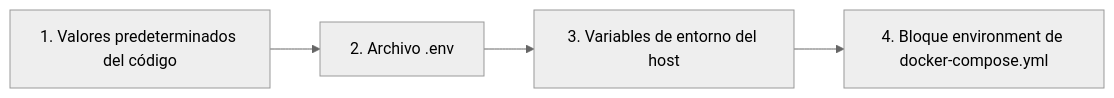
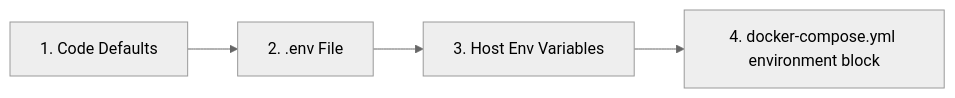
The diagram in mkdocs_src/docs/admin/docker_advanced.es.md (Librefolio/LibreFolio), drawn with Mermaid (neutral theme) before and after one commit. The commit also changed other lines of this file and 2 other files, not shown here.

Commit message:
docs(i18n): update admin/docker_advanced

````diff
--- a/mkdocs_src/docs/admin/docker_advanced.es.md
+++ b/mkdocs_src/docs/admin/docker_advanced.es.md
@@ -39,9 +39,9 @@
 ```mermaid
 graph LR
-    CodeDefaults[1. Valores predeterminados del código] --> EnvFile[2. Archivo .env]
-    HostShell[3. Variables de entorno del host]
-    DockerCompose[4. Bloque environment de docker-compose.yml]
+    CodeDefaults[1. Code Defaults] --> EnvFile[2. .env File]
+    HostShell[3. Host Env Variables]
+    DockerCompose[4. docker-compose.yml environment block]
 
     EnvFile --> HostShell
     HostShell --> DockerCompose
 ```
````
